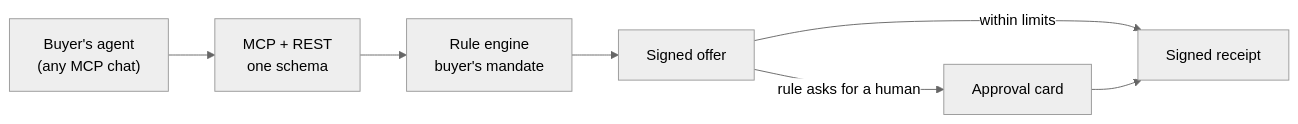
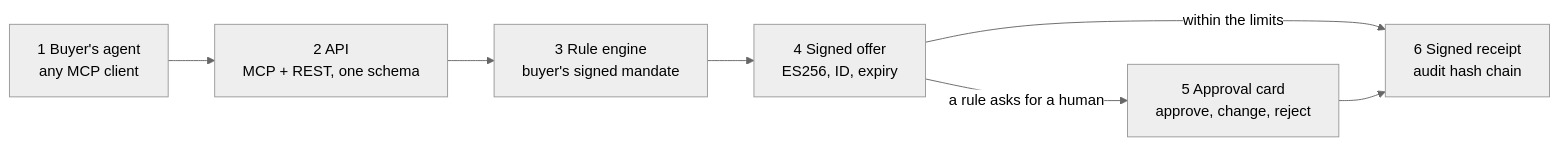
The diagram in README.md (Jaahuo/junction-2026-trusted-trade-agents), drawn with Mermaid (neutral theme) before and after one commit. The commit also changed other lines of this file and 1 other file, not shown here.

````diff
--- a/README.md
+++ b/README.md
@@ -25,9 +27,9 @@
 ```mermaid
 flowchart LR
-  A["Buyer's agent<br/>(any MCP chat)"] --> B["MCP + REST<br/>one schema"]
-  B --> C["Rule engine<br/>buyer's mandate"]
-  C --> D["Signed offer"]
-  D -->|rule asks for a human| E["Approval card"]
-  D -->|within limits| F["Signed receipt"]
+  A["1 Buyer's agent<br/>any MCP client"] --> B["2 API<br/>MCP + REST, one schema"]
+  B --> C["3 Rule engine<br/>buyer's signed mandate"]
+  C --> D["4 Signed offer<br/>ES256, ID, expiry"]
+  D -->|a rule asks for a human| E["5 Approval card<br/>approve, change, reject"]
+  D -->|within the limits| F["6 Signed receipt<br/>audit hash chain"]
   E --> F
 ```
````
